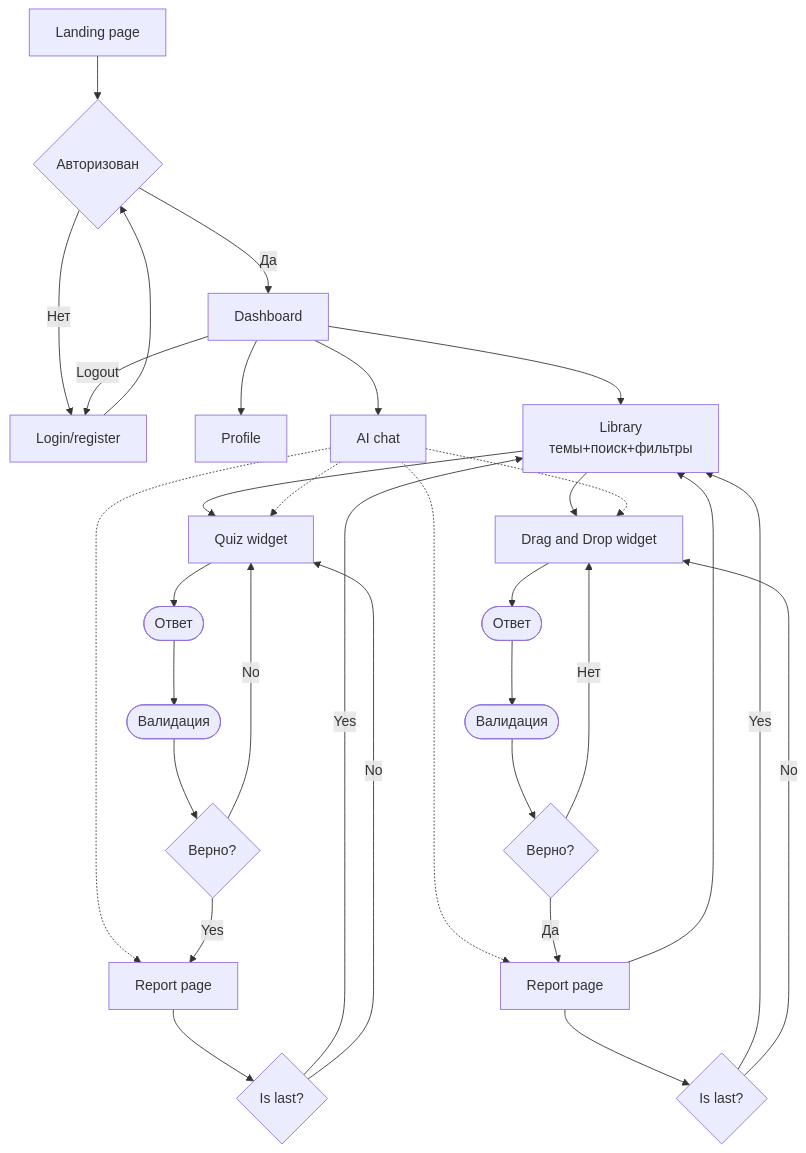
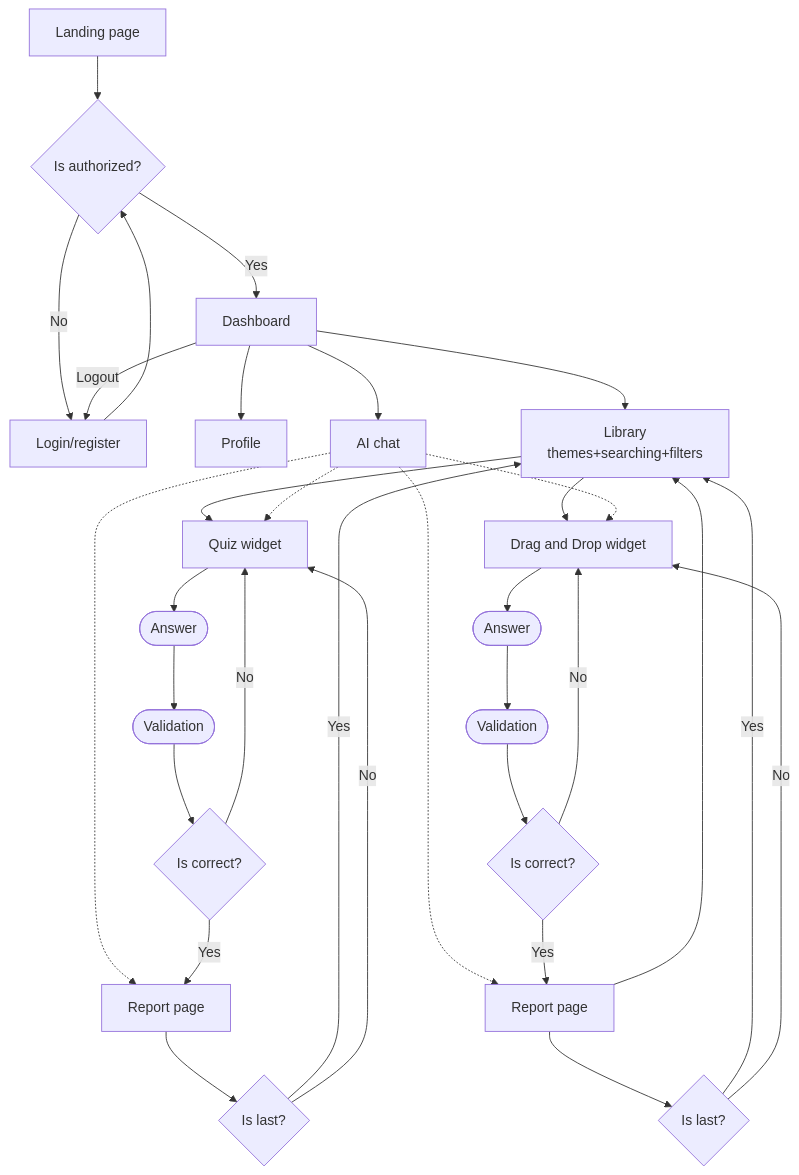
The diagram in docs/user-flow/user-flow-diagram.md (jsgods-rs-tandem/rs-tandem), drawn with Mermaid before and after one commit.

Commit message:
feat: translate diagram into single language

````diff
--- a/docs/user-flow/user-flow-diagram.md
+++ b/docs/user-flow/user-flow-diagram.md
@@ -1,72 +1,72 @@
 ```mermaid
 graph TD
     %% Nodes
     Landing[Landing page]
-    Auth{Авторизован}
+    Auth{Is authorized?}
     Login[Login/register]
     Dashboard[Dashboard]
     Profile[Profile]
-    Library[Library<br/>темы+поиск+фильтры]
+    Library[Library<br/>themes+searching+filters]
     AIChat[AI chat]
     Quiz[Quiz widget]
     DnD[Drag and Drop widget]
-    QuizAnswer([Ответ])
-    QuizValidation([Валидация])
-    QuizCorrect{Верно?}
+    QuizAnswer([Answer])
+    QuizValidation([Validation])
+    QuizCorrect{Is correct?}
     QuizReport[Report page]
     QuizIsLast{Is last?}
-    DnDAnswer([Ответ])
-    DnDValidation([Валидация])
-    DnDCorrect{Верно?}
+    DnDAnswer([Answer])
+    DnDValidation([Validation])
+    DnDCorrect{Is correct?}
     DnDReport[Report page]
     DnDIsLast{Is last?}
 
     %% Connections
     Landing --> Auth
     
-    Auth -- Нет --> Login
-    Auth -- Да --> Dashboard
+    Auth -- No --> Login
+    Auth -- Yes --> Dashboard
     
     Login --> Auth
     
     Dashboard -- Logout --> Login
     Dashboard --> Profile
     Dashboard --> Library
     Dashboard --> AIChat
 
     Library --> Quiz
     Library --> DnD
 
     AIChat -.-> Quiz
     AIChat -.-> DnD
     AIChat -.-> DnDReport
     AIChat -.-> QuizReport
 
     Quiz --> QuizAnswer
 
     QuizAnswer --> QuizValidation
     QuizValidation --> QuizCorrect
 
     QuizCorrect -- No --> Quiz
     QuizCorrect -- Yes --> QuizReport
 
     QuizReport --> QuizIsLast
 
     QuizIsLast -- Yes --> Library
     QuizIsLast -- No --> Quiz
 
     DnD --> DnDAnswer
 
     DnDAnswer --> DnDValidation
 
     DnDValidation --> DnDCorrect
 
-    DnDCorrect -- Нет --> DnD
-    DnDCorrect -- Да --> DnDReport
+    DnDCorrect -- No --> DnD
+    DnDCorrect -- Yes --> DnDReport
 
     DnDReport --> Library
     DnDReport --> DnDIsLast
 
     DnDIsLast -- Yes --> Library
     DnDIsLast -- No --> DnD
 ```
````
